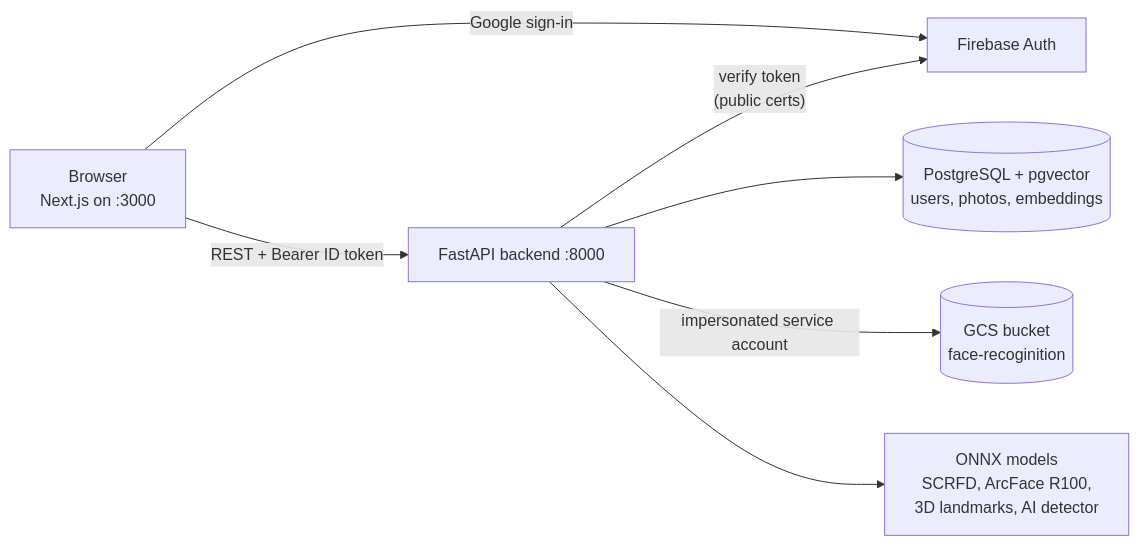
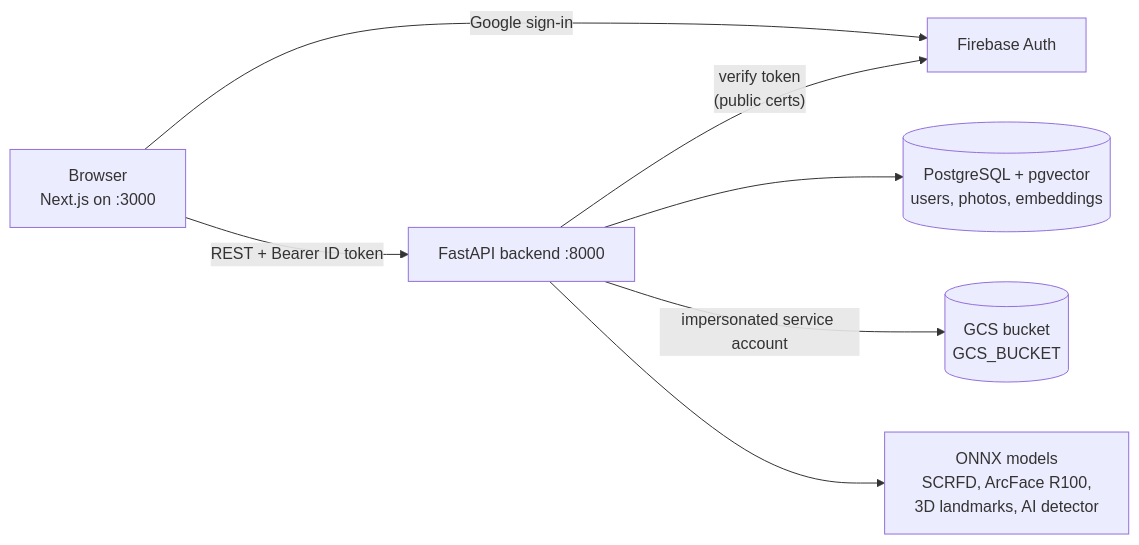
Before and after one commit to EzequielMatiasArevalo/face-app: the diagram in README.md, drawn with Mermaid. The commit also changed other lines of this file and 12 other files, not shown here.

````diff
--- a/README.md
+++ b/README.md
@@ -19,9 +19,9 @@
 ```mermaid
 flowchart LR
     B[Browser<br/>Next.js on :3000] -- Google sign-in --> F[Firebase Auth]
     B -- "REST + Bearer ID token" --> A[FastAPI backend :8000]
     A -- verify token<br/>(public certs) --> F
     A --> P[(PostgreSQL + pgvector<br/>users, photos, embeddings)]
-    A -- impersonated service account --> G[(GCS bucket<br/>face-recoginition)]
+    A -- impersonated service account --> G[(GCS bucket<br/>GCS_BUCKET)]
     A --> M[ONNX models<br/>SCRFD, ArcFace R100,<br/>3D landmarks, AI detector]
 ```
````
